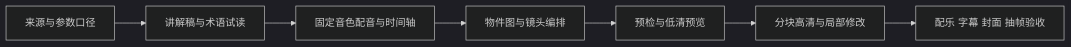
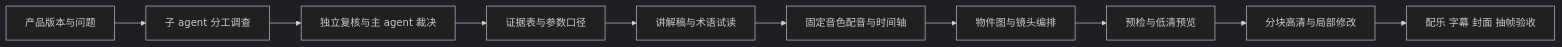
The diagram in README.md (YangXiaoBo-YG/anatomy-video), drawn with Mermaid (dark theme) before and after one commit. The commit also changed other lines of this file and 3 other files, not shown here.

````diff
--- a/README.md
+++ b/README.md
@@ -53,9 +71,12 @@
 ```mermaid
 flowchart LR
-  A[来源与参数口径] --> B[讲解稿与术语试读]
+  A0[产品版本与问题] --> A1[子 agent 分工调查]
+  A1 --> A2[独立复核与主 agent 裁决]
+  A2 --> A[证据表与参数口径]
+  A --> B[讲解稿与术语试读]
   B --> C[固定音色配音与时间轴]
   C --> D[物件图与镜头编排]
   D --> E[预检与低清预览]
   E --> F[分块高清与局部修改]
   F --> G[配乐 字幕 封面 抽帧验收]
 ```
````
